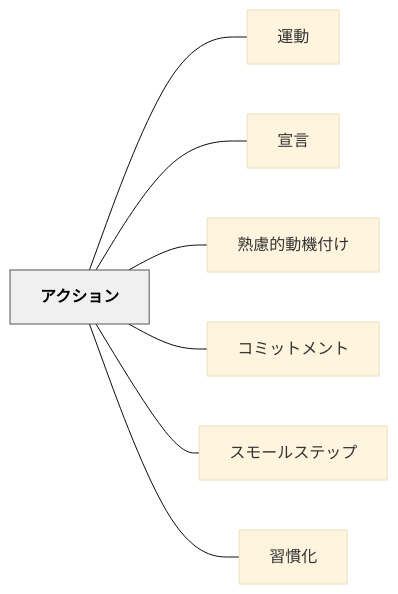
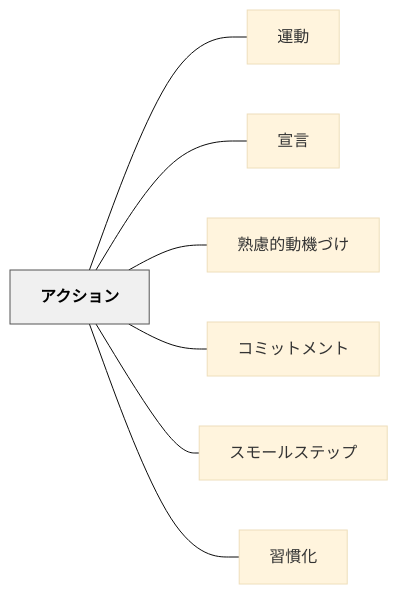
Before and after one commit to unknownthings-ed-patterns/unknownthings-ed-patterns: the diagram in content/パタン/アクション.md, drawn with Mermaid (base theme). The commit also changed other lines of this file and 234 other files, not shown here.

````diff
--- a/content/パタン/アクション.md
+++ b/content/パタン/アクション.md
@@ -37,20 +37,20 @@
 ```mermaid
 flowchart LR
     ne382a2e382afe382b7e383a7e383b3["アクション"]
     ne9818be58b95["運動"]
     ne5aea3e8a880["宣言"]
-    ne7869fe685aee79a84e58b95e6a99fe4bb98e38191["熟慮的動機付け"]
+    ne7869fe685aee79a84e58b95e6a99fe381a5e38191["熟慮的動機づけ"]
     ne382b3e3839fe38383e38388e383a1e383b3e38388["コミットメント"]
     ne382b9e383a2e383bce383abe382b9e38386e38383e38397["スモールステップ"]
     ne7bf92e685a3e58c96["習慣化"]
 
     ne382a2e382afe382b7e383a7e383b3 --- ne9818be58b95
     ne382a2e382afe382b7e383a7e383b3 --- ne5aea3e8a880
-    ne382a2e382afe382b7e383a7e383b3 --- ne7869fe685aee79a84e58b95e6a99fe4bb98e38191
+    ne382a2e382afe382b7e383a7e383b3 --- ne7869fe685aee79a84e58b95e6a99fe381a5e38191
     ne382a2e382afe382b7e383a7e383b3 --- ne382b3e3839fe38383e38388e383a1e383b3e38388
     ne382a2e382afe382b7e383a7e383b3 --- ne382b9e383a2e383bce383abe382b9e38386e38383e38397
     ne382a2e382afe382b7e383a7e383b3 --- ne7bf92e685a3e58c96
 
     classDef hub fill:#f0f0f0,stroke:#555,color:#000,font-weight:bold
     class ne382a2e382afe382b7e383a7e383b3 hub
 ```
````
